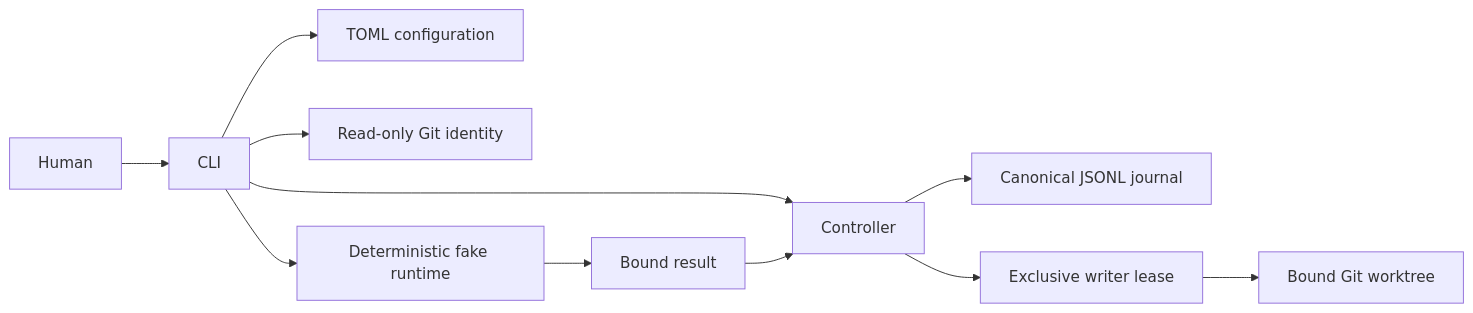
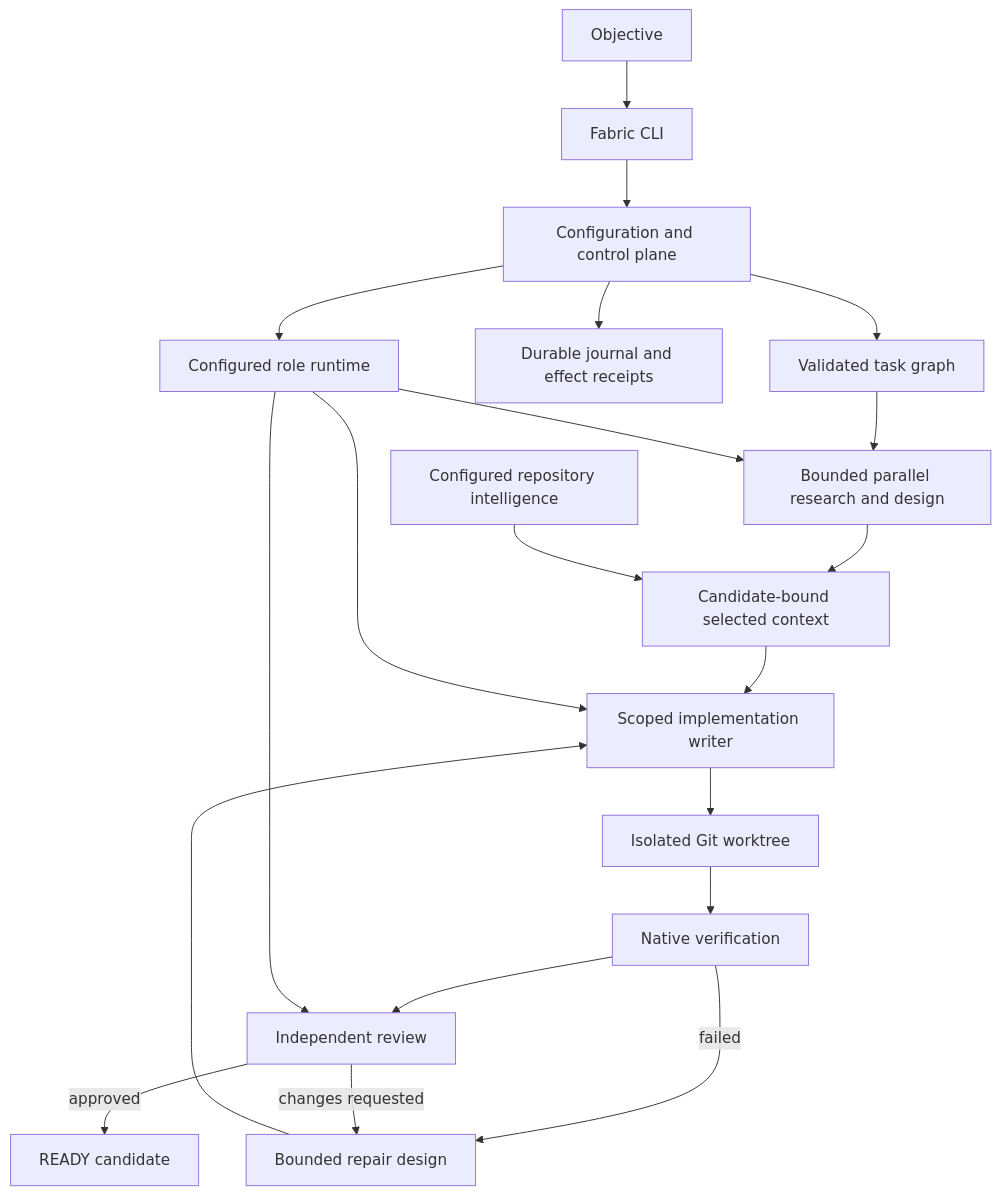
Before and after one commit to iancuuandrei/EngOrch: the diagram in docs/architecture/system.md, drawn with Mermaid. The commit also changed other lines of this file and 260 other files, not shown here.

````diff
--- a/docs/architecture/system.md
+++ b/docs/architecture/system.md
@@ -8,13 +9,22 @@
 ```mermaid
-flowchart LR
-  Human --> CLI
-  CLI --> Config[TOML configuration]
-  CLI --> Git[Read-only Git identity]
-  CLI --> Controller
-  CLI --> Fake[Deterministic fake runtime]
-  Fake --> Result[Bound result]
-  Result --> Controller
-  Controller --> Journal[Canonical JSONL journal]
-  Controller --> Lease[Exclusive writer lease]
-  Lease --> Workspace[Bound Git worktree]
+flowchart TD
+  User[Objective] --> CLI[Fabric CLI]
+  CLI --> Control[Configuration and control plane]
+  Control --> Plan[Validated task graph]
+  Plan --> Explore[Bounded parallel research and design]
+  Explore --> Context[Candidate-bound selected context]
+  Context --> Writer[Scoped implementation writer]
+  Writer --> Candidate[Isolated Git worktree]
+  Candidate --> Verify[Native verification]
+  Verify --> Review[Independent review]
+  Review -->|approved| Ready[READY candidate]
+  Verify -->|failed| Repair[Bounded repair design]
+  Review -->|changes requested| Repair
+  Repair --> Writer
+  Control --> Journal[Durable journal and effect receipts]
+  Control --> Runtime[Configured role runtime]
+  Runtime --> Explore
+  Runtime --> Writer
+  Runtime --> Review
+  RI[Configured repository intelligence] --> Context
 ```
````
